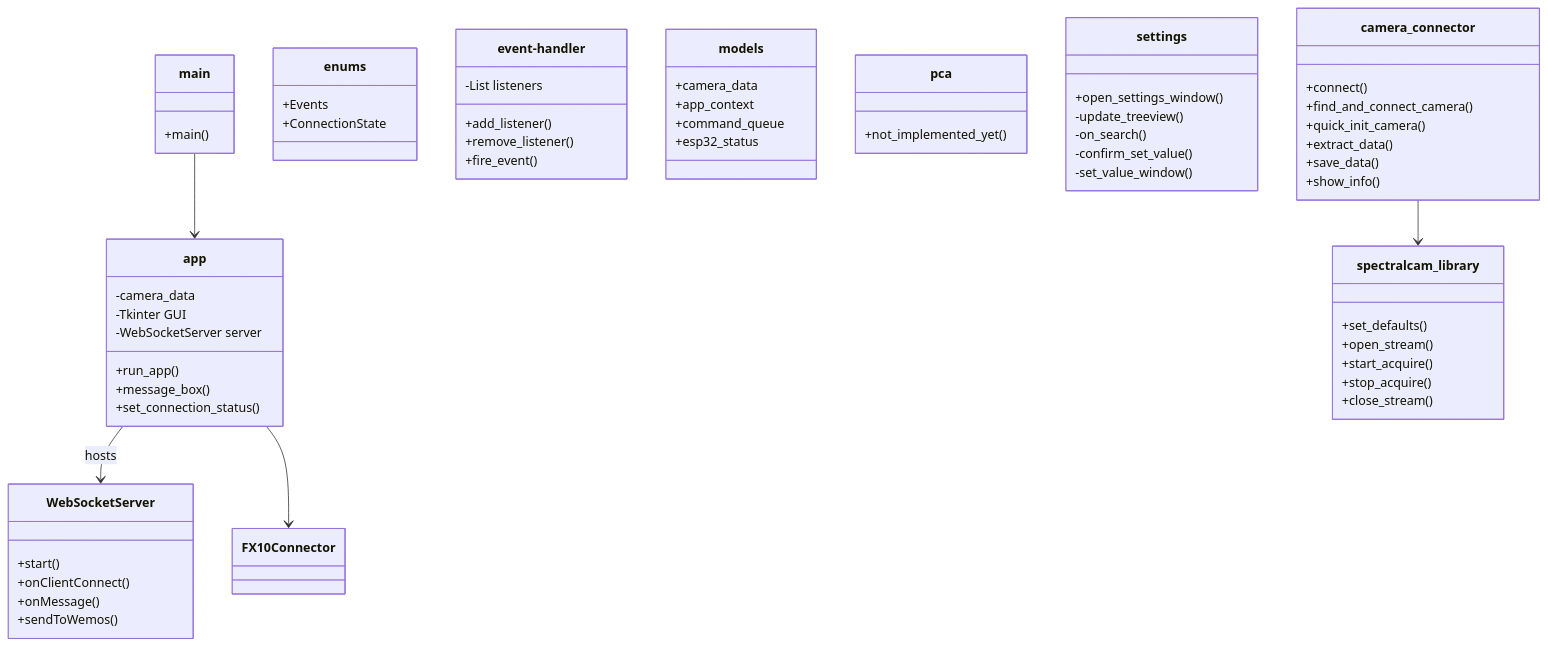
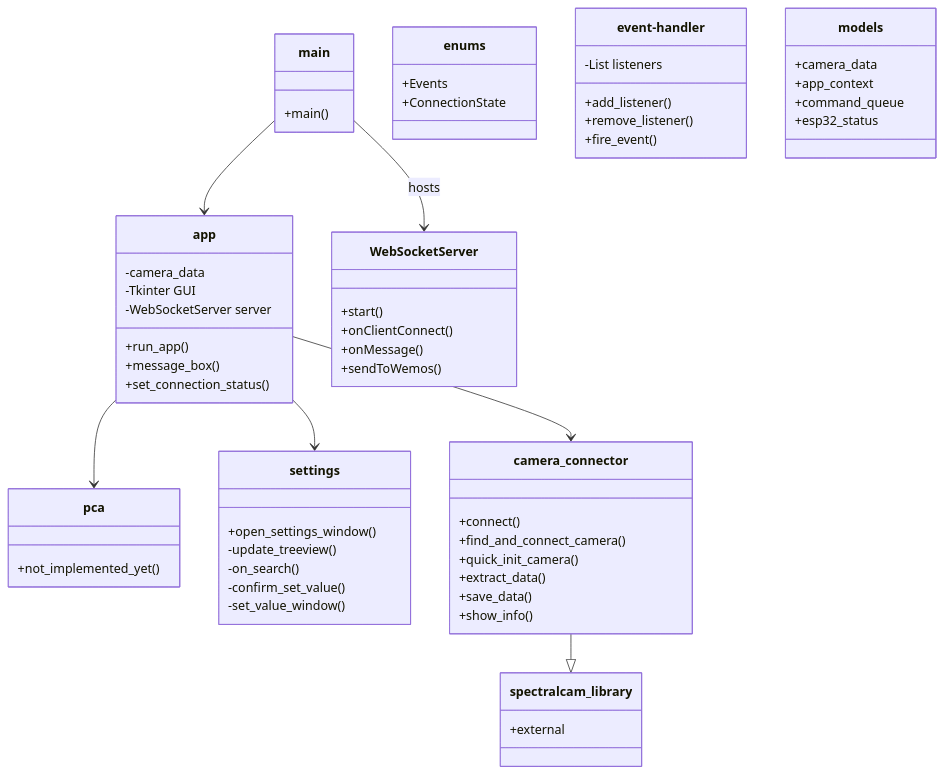
The diagram in class_diagram.md (Stefsk-glitch/Hyperspectral-imaging), drawn with Mermaid before and after one commit.

Commit message:
Update and improve class diagram

````diff
--- a/class_diagram.md
+++ b/class_diagram.md
@@ -1,77 +1,75 @@
 ```mermaid
 classDiagram
 
 class main {
     +main()
 }
 
 class enums {
     +Events
     +ConnectionState
 }
 
 class event-handler {
     +add_listener()
     +remove_listener()
     +fire_event()
 
     -List listeners
 }
 
 class models {
     +camera_data
     +app_context
     +command_queue
     +esp32_status
 }
 
 class pca {
     +not_implemented_yet()
 }
 
 class settings {
     +open_settings_window()
     -update_treeview()
     -on_search()
     -confirm_set_value()
     -set_value_window()
 }
 
 class app {
     +run_app()
     +message_box()
     +set_connection_status()
     -camera_data
     -Tkinter GUI
     -WebSocketServer server
 }
 
 class WebSocketServer {
     +start()
     +onClientConnect()
     +onMessage()
     +sendToWemos()
 }
 
 class camera_connector {
     +connect()
     +find_and_connect_camera()
     +quick_init_camera()
     +extract_data()
     +save_data()
     +show_info()
 }
 
 class spectralcam_library {
-    +set_defaults()
-    +open_stream()
-    +start_acquire()
-    +stop_acquire()
-    +close_stream()
+    +external
 }
 
 main --> app
-app --> WebSocketServer : hosts
-app --> FX10Connector
-camera_connector --> spectralcam_library
+main --> WebSocketServer : hosts
+app --> camera_connector
+camera_connector --|> spectralcam_library
+app --> settings
+app --> pca
 ```
````
